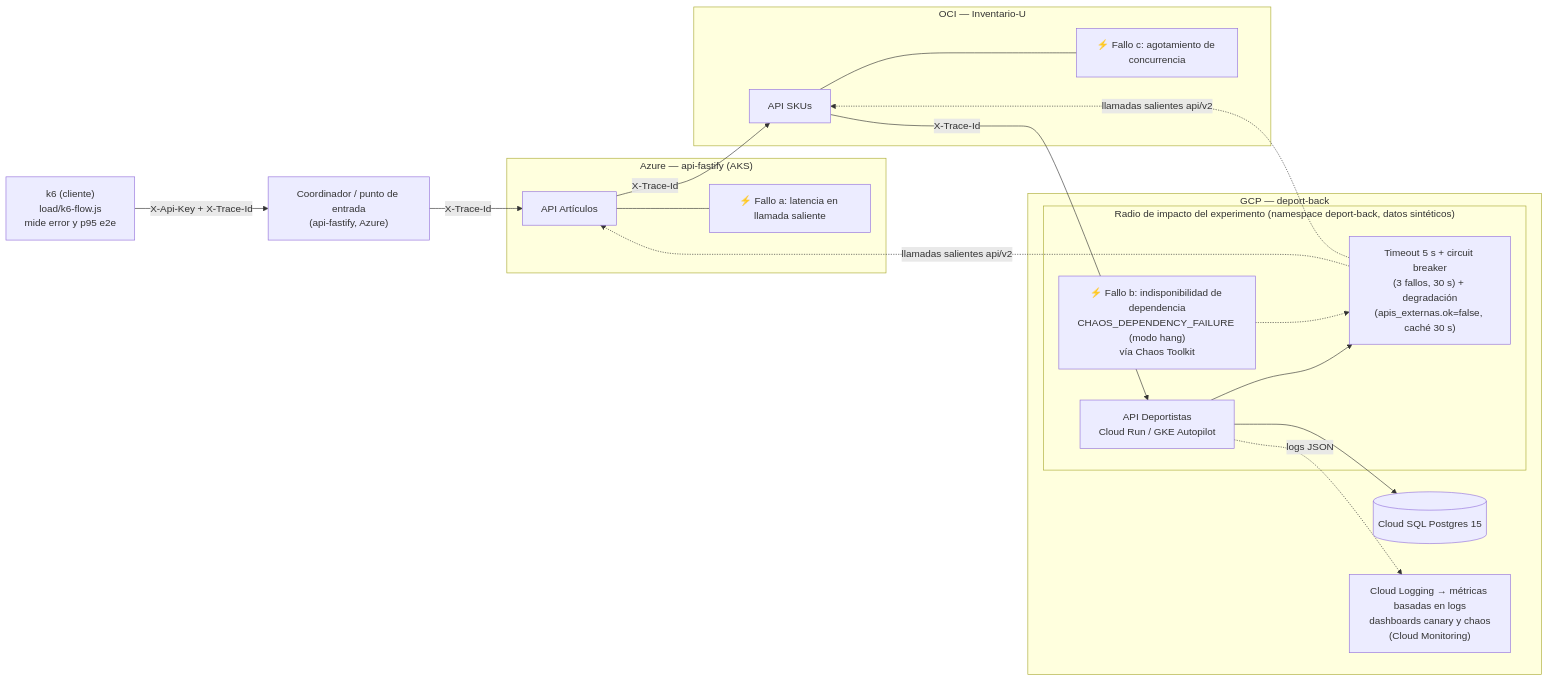
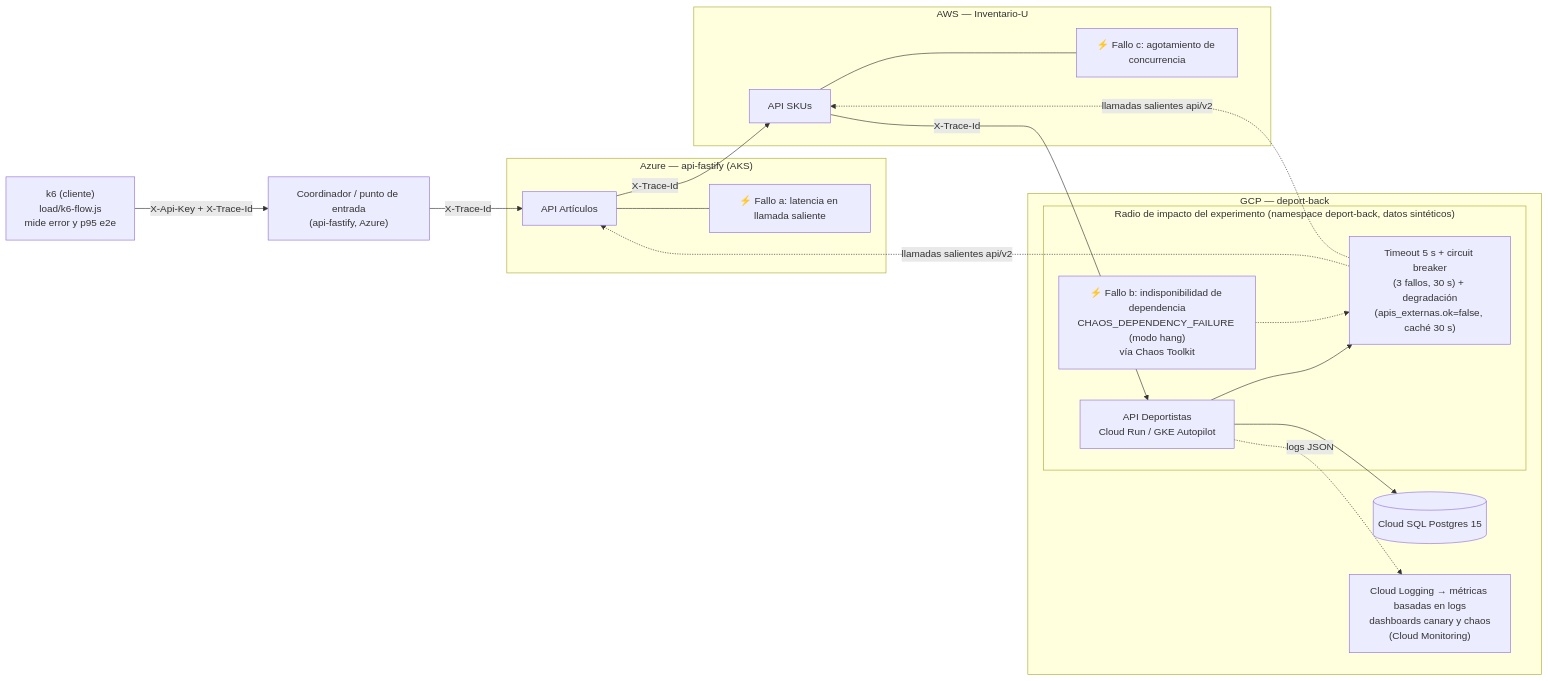
One commit to redundante3452/deportBack changed the second of 2 diagrams in README.md. Above: the diagram before and after it, drawn with Mermaid. The commit also changed other lines of this file and 6 other files, not shown here.

Commit message:
📝 docs: corregir la nube de Inventario-U a AWS

````diff
--- a/README.md
+++ b/README.md
@@ -296,36 +296,36 @@
 ```mermaid
 flowchart LR
     K6["k6 (cliente)<br/>load/k6-flow.js<br/>mide error y p95 e2e"] -->|"X-Api-Key + X-Trace-Id"| COORD["Coordinador / punto de entrada<br/>(api-fastify, Azure)"]
 
     subgraph AZ["Azure — api-fastify (AKS)"]
         AF["API Artículos"]
         FA["⚡ Fallo a: latencia en llamada saliente"]
         AF --- FA
     end
 
-    subgraph OCI["OCI — Inventario-U"]
+    subgraph AWS["AWS — Inventario-U"]
         INV["API SKUs"]
         FC["⚡ Fallo c: agotamiento de concurrencia"]
         INV --- FC
     end
 
     subgraph GCP["GCP — deport-back"]
         subgraph BR["Radio de impacto del experimento (namespace deport-back, datos sintéticos)"]
             API["API Deportistas<br/>Cloud Run / GKE Autopilot"]
             CB["Timeout 5 s + circuit breaker<br/>(3 fallos, 30 s) + degradación<br/>(apis_externas.ok=false, caché 30 s)"]
             FB["⚡ Fallo b: indisponibilidad de dependencia<br/>CHAOS_DEPENDENCY_FAILURE (modo hang)<br/>vía Chaos Toolkit"]
             API --> CB
             FB -.-> CB
         end
         DB[("Cloud SQL Postgres 15")]
         MON["Cloud Logging → métricas basadas en logs<br/>dashboards canary y chaos<br/>(Cloud Monitoring)"]
         API --> DB
         API -.->|"logs JSON"| MON
     end
 
     COORD -->|"X-Trace-Id"| AF
     AF -->|"X-Trace-Id"| INV
     INV -->|"X-Trace-Id"| API
     CB -.->|"llamadas salientes api/v2"| AF
     CB -.->|"llamadas salientes api/v2"| INV
 ```
````
